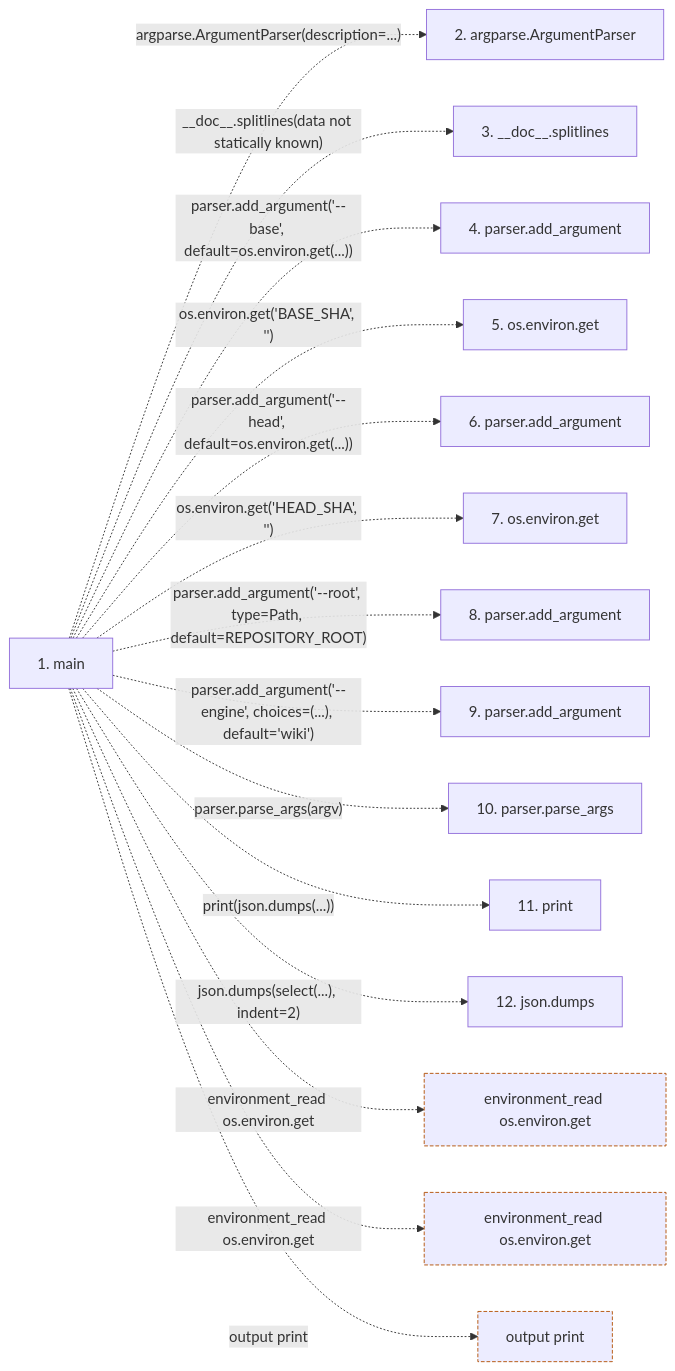
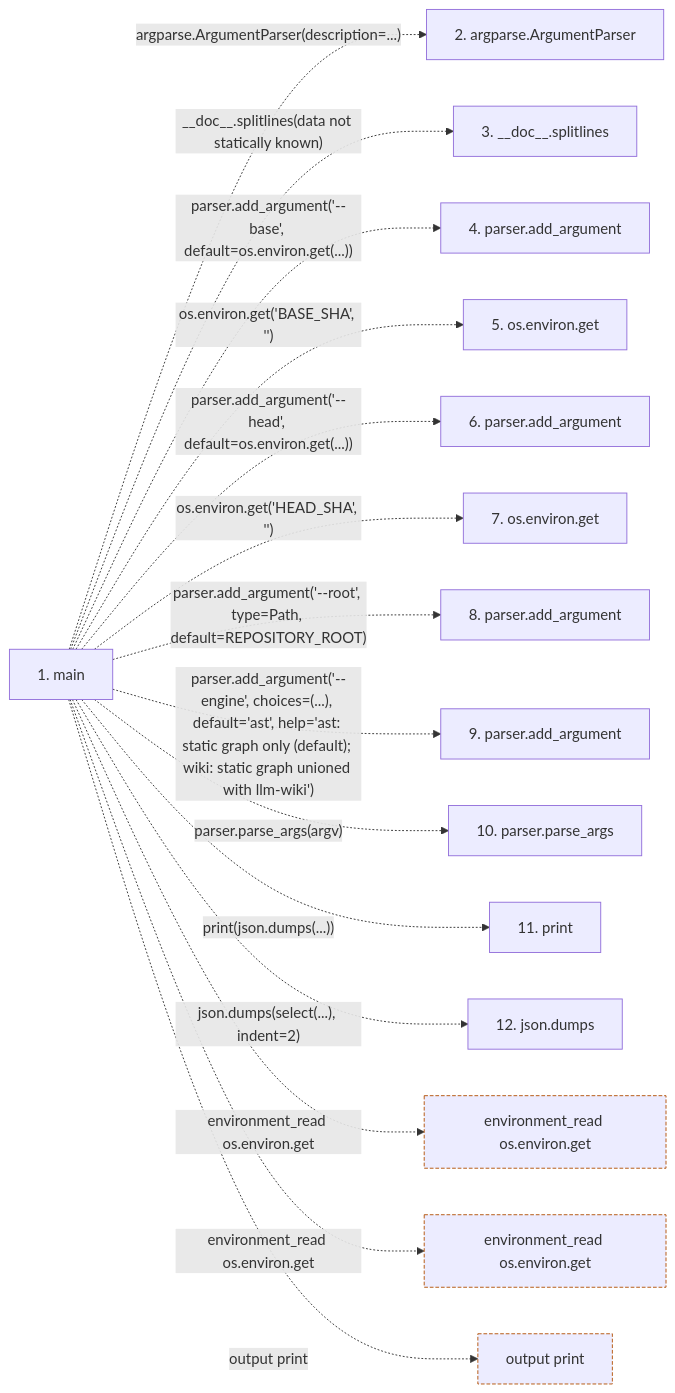
Before and after one commit to Denissvgn/WorkChord: the second of 2 diagrams in docs/llm_wiki/flows/process-select_backend_tests.md, drawn with Mermaid. The commit also changed other lines of this file and 585 other files, not shown here.

Commit message:
Sync the architectural wiki for the shadow backend test selector fixes

````diff
--- a/docs/llm_wiki/flows/process-select_backend_tests.md
+++ b/docs/llm_wiki/flows/process-select_backend_tests.md
@@ -122,37 +122,37 @@
 ```mermaid
 flowchart LR
     s1["1. main"]
     s2["2. argparse.ArgumentParser"]
     s3["3. __doc__.splitlines"]
     s4["4. parser.add_argument"]
     s5["5. os.environ.get"]
     s6["6. parser.add_argument"]
     s7["7. os.environ.get"]
     s8["8. parser.add_argument"]
     s9["9. parser.add_argument"]
     s10["10. parser.parse_args"]
     s11["11. print"]
     s12["12. json.dumps"]
     s1 -. "argparse.ArgumentParser(description=...)" .-> s2
     s1 -. "__doc__.splitlines(data not statically known)" .-> s3
     s1 -. "parser.add_argument('--base', default=os.environ.get(...))" .-> s4
     s1 -. "os.environ.get('BASE_SHA', '')" .-> s5
     s1 -. "parser.add_argument('--head', default=os.environ.get(...))" .-> s6
     s1 -. "os.environ.get('HEAD_SHA', '')" .-> s7
     s1 -. "parser.add_argument('--root', type=Path, default=REPOSITORY_ROOT)" .-> s8
-    s1 -. "parser.add_argument('--engine', choices=(...), default='wiki')" .-> s9
+    s1 -. "parser.add_argument('--engine', choices=(...), default='ast', help='ast: static graph only (default); wiki: static graph unioned with llm-wiki')" .-> s9
     s1 -. "parser.parse_args(argv)" .-> s10
     s1 -. "print(json.dumps(...))" .-> s11
     s1 -. "json.dumps(select(...), indent=2)" .-> s12
     b0["environment_read os.environ.get"]
     s1 -. "environment_read os.environ.get" .-> b0
     b1["environment_read os.environ.get"]
     s1 -. "environment_read os.environ.get" .-> b1
     b2["output print"]
     s1 -. "output print" .-> b2
     click s1 "../modules/select_backend_tests.md"
     classDef boundary stroke:#b45309,stroke-dasharray: 4 2
     class b0 boundary
     class b1 boundary
     class b2 boundary
 ```
````
